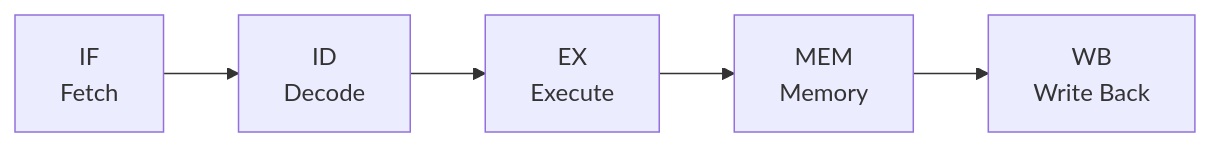
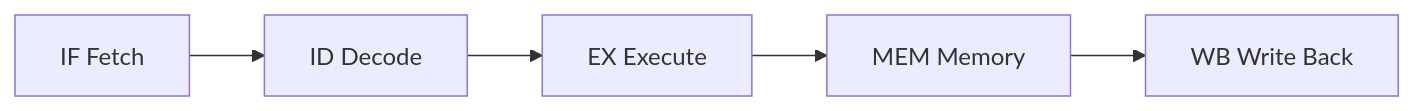
Before and after one commit to SomaTomita/sec-prep: the diagram in topics/01_prerequisites/03_hardware-digital-logic/03_hdl-and-architecture/02_pipelining-and-hazards.md, drawn with Mermaid. The commit also changed other lines of this file and 5 other files, not shown here.

````diff
--- a/topics/01_prerequisites/03_hardware-digital-logic/03_hdl-and-architecture/02_pipelining-and-hazards.md
+++ b/topics/01_prerequisites/03_hardware-digital-logic/03_hdl-and-architecture/02_pipelining-and-hazards.md
@@ -25,4 +34,4 @@
 ```mermaid
 flowchart LR
-    IF["IF<br/>Fetch"] --> ID["ID<br/>Decode"] --> EX["EX<br/>Execute"] --> MEM["MEM<br/>Memory"] --> WB["WB<br/>Write Back"]
+    IF["IF Fetch"] --> ID["ID Decode"] --> EX["EX Execute"] --> MEM["MEM Memory"] --> WB["WB Write Back"]
 ```
````
